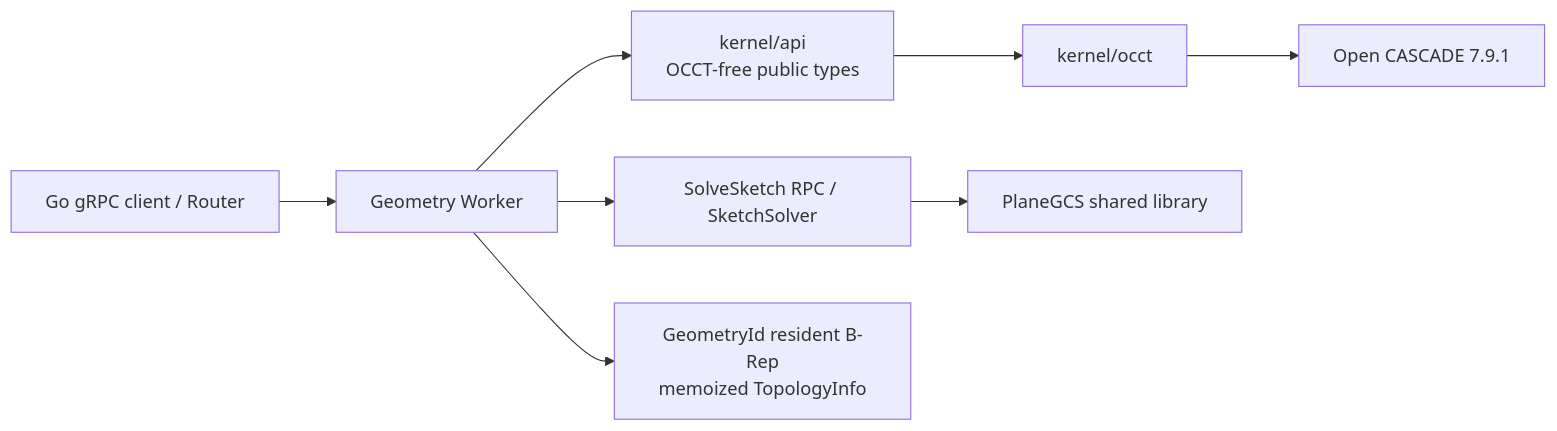
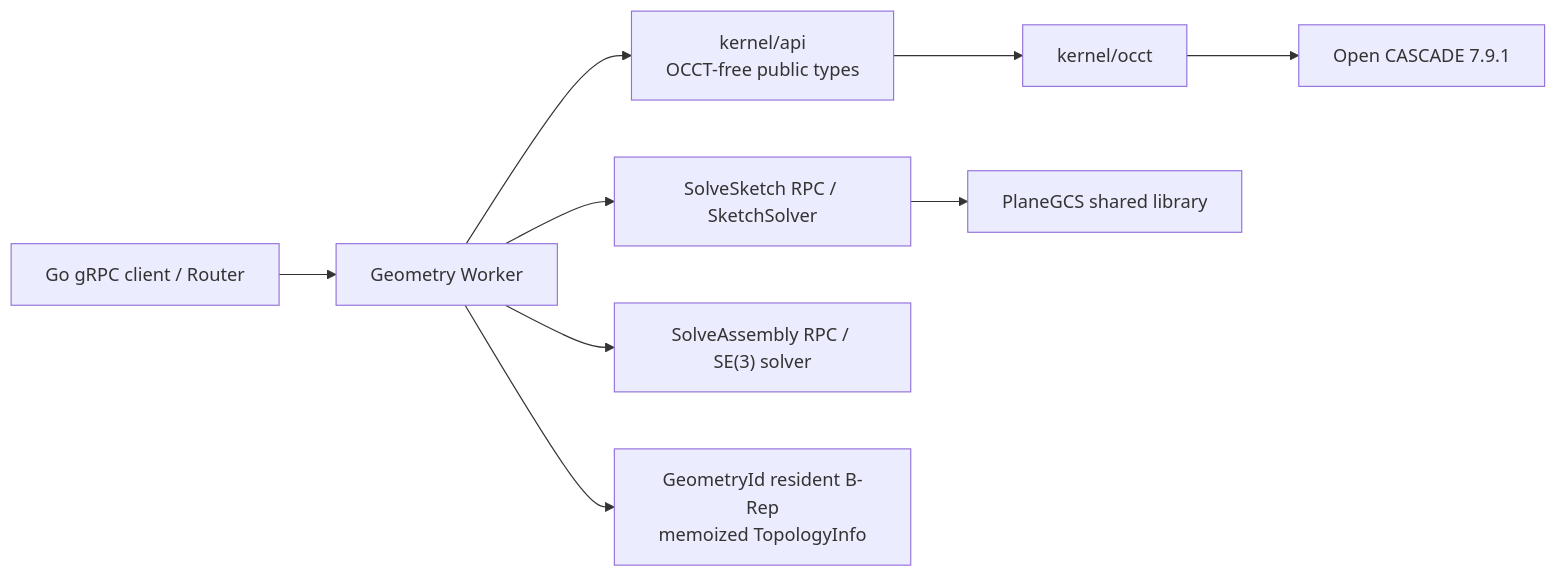
One commit to cossoledad/occccad changed the diagram in workers/geometry/README.md. Above: the diagram before and after it, drawn with Mermaid. The commit also changed other lines of this file and 32 other files, not shown here.

````diff
--- a/workers/geometry/README.md
+++ b/workers/geometry/README.md
@@ -20,10 +20,11 @@
 ```mermaid
 flowchart LR
     Client["Go gRPC client / Router"] --> Worker["Geometry Worker"]
     Worker --> API["kernel/api<br/>OCCT-free public types"]
     API --> Adapter["kernel/occt"]
     Adapter --> OCCT["Open CASCADE 7.9.1"]
     Worker --> SketchAPI["SolveSketch RPC / SketchSolver"]
+    Worker --> AssemblyAPI["SolveAssembly RPC / SE(3) solver"]
     SketchAPI --> PlaneGCS["PlaneGCS shared library"]
     Worker --> Cache["GeometryId resident B-Rep<br/>memoized TopologyInfo"]
 ```
````
